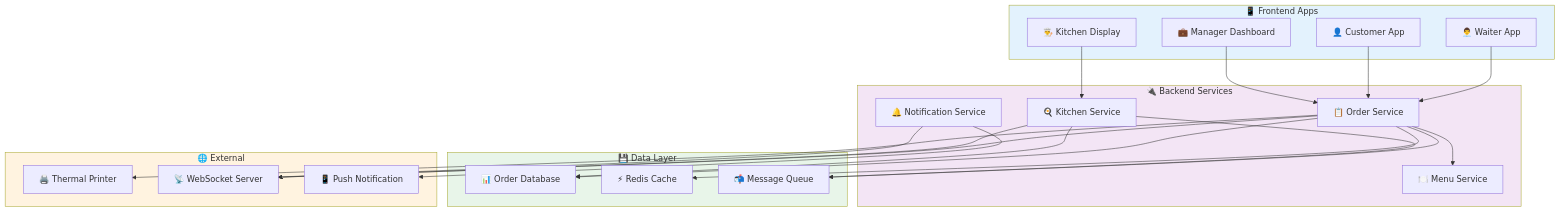
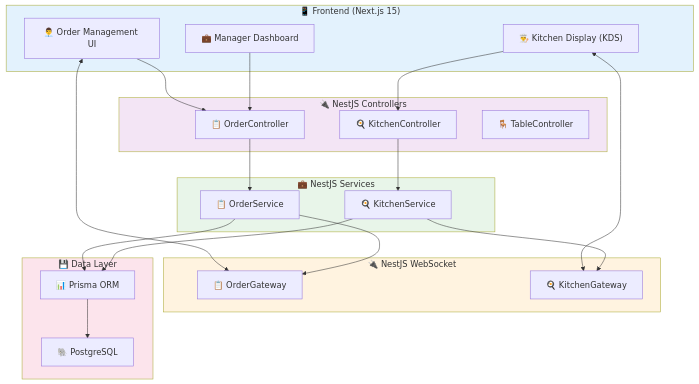
One commit to huy1235588/restaurant-management changed diagram 12 of 17 in docs/diagrams/ORDER_MANAGEMENT_DIAGRAMS.md. Above: the diagram before and after it, drawn with Mermaid. The commit also changed other lines of this file and 18 other files, not shown here.

Commit message:
Update documentation for Order Management, Reservation Management, and Staff Management modules to reflect real-world implementation as of June 2025. Enhance data structures, API endpoints, and feature descriptions while noting future development plans and integration details.

````diff
--- a/docs/diagrams/ORDER_MANAGEMENT_DIAGRAMS.md
+++ b/docs/diagrams/ORDER_MANAGEMENT_DIAGRAMS.md
@@ -450,53 +426,51 @@
 ```mermaid
 graph TB
-    subgraph Client["📱 Frontend Apps"]
-        WaiterApp["👨‍💼 Waiter App"]
-        KitchenApp["👨‍🍳 Kitchen Display"]
-        CustomerApp["👤 Customer App"]
-        ManagerApp["💼 Manager Dashboard"]
+    subgraph Client["📱 Frontend (Next.js 15)"]
+        WaiterUI["👨‍💼 Order Management UI"]
+        KitchenUI["👨‍🍳 Kitchen Display (KDS)"]
+        ManagerUI["💼 Manager Dashboard"]
     end
 
-    subgraph API["🔌 Backend Services"]
-        OrderAPI["📋 Order Service"]
-        KitchenAPI["🍳 Kitchen Service"]
-        MenuAPI["🍽️ Menu Service"]
-        NotificationAPI["🔔 Notification Service"]
+    subgraph Gateway["🔌 NestJS WebSocket"]
+        OrderGateway["📋 OrderGateway"]
+        KitchenGateway["🍳 KitchenGateway"]
+    end
+
+    subgraph API["🔌 NestJS Controllers"]
+        OrderController["📋 OrderController"]
+        KitchenController["🍳 KitchenController"]
+        TableController["🪑 TableController"]
+    end
+
+    subgraph Services["💼 NestJS Services"]
+        OrderService["📋 OrderService"]
+        KitchenService["🍳 KitchenService"]
     end
 
     subgraph Data["💾 Data Layer"]
-        OrderDB["📊 Order Database"]
-        Cache["⚡ Redis Cache"]
-        Queue["📬 Message Queue"]
+        Prisma["📊 Prisma ORM"]
+        PostgreSQL["🐘 PostgreSQL"]
     end
 
-    subgraph External["🌐 External"]
-        Printer["🖨️ Thermal Printer"]
-        Socket["📡 WebSocket Server"]
-        Push["📱 Push Notification"]
-    end
-
-    WaiterApp --> OrderAPI
-    KitchenApp --> KitchenAPI
-    CustomerApp --> OrderAPI
-    ManagerApp --> OrderAPI
+    WaiterUI --> OrderController
+    WaiterUI <--> OrderGateway
+    KitchenUI --> KitchenController
+    KitchenUI <--> KitchenGateway
+    ManagerUI --> OrderController
     
-    OrderAPI --> OrderDB
-    OrderAPI --> Cache
-    OrderAPI --> Queue
-    OrderAPI --> Socket
+    OrderController --> OrderService
+    KitchenController --> KitchenService
     
-    KitchenAPI --> OrderDB
-    KitchenAPI --> Socket
-    KitchenAPI --> Queue
+    OrderService --> Prisma
+    KitchenService --> Prisma
+    OrderService --> OrderGateway
+    KitchenService --> KitchenGateway
     
-    NotificationAPI --> Push
-    NotificationAPI --> Socket
-    
-    OrderAPI --> Printer
-    OrderAPI --> MenuAPI
+    Prisma --> PostgreSQL
     
     style Client fill:#e3f2fd
+    style Gateway fill:#fff3e0
     style API fill:#f3e5f5
-    style Data fill:#e8f5e9
-    style External fill:#fff3e0
+    style Services fill:#e8f5e9
+    style Data fill:#fce4ec
 ```
````
